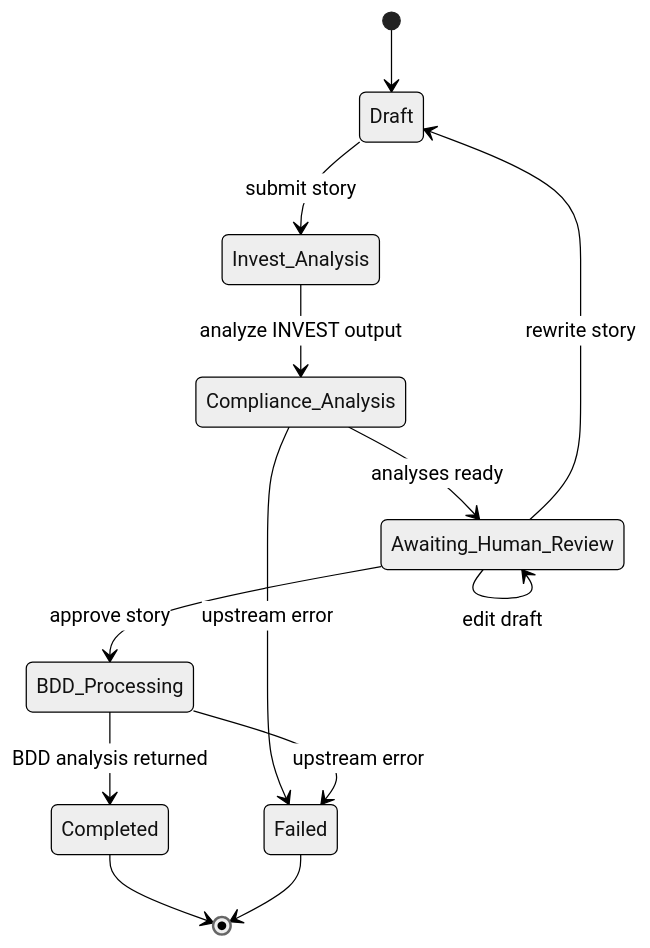
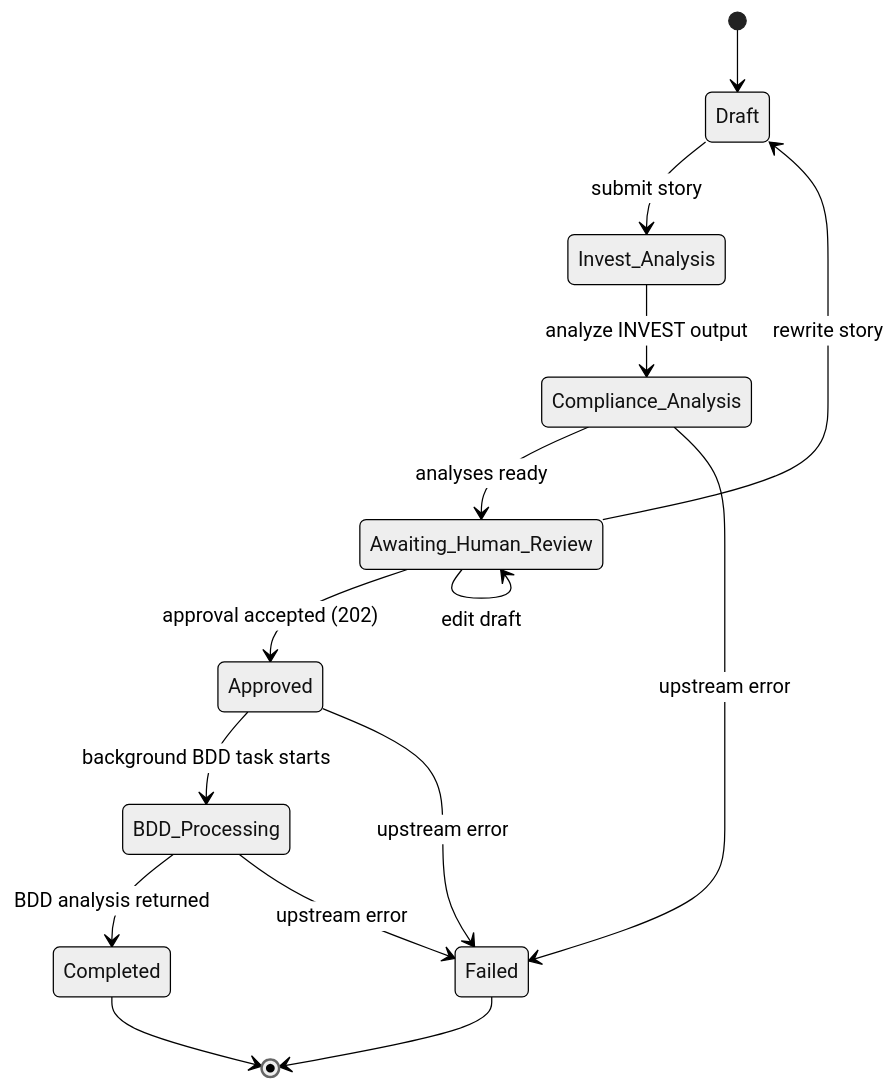
Before and after one commit to igusouz/talp-agents-mvp: the first of 4 diagrams in docs/workflow.md, drawn with Mermaid (neutral theme). The commit also changed other lines of this file and 3 other files, not shown here.

````diff
--- a/docs/workflow.md
+++ b/docs/workflow.md
@@ -37,15 +38,17 @@
 ```mermaid
 stateDiagram-v2
   [*] --> Draft
   Draft --> Invest_Analysis: submit story
   Invest_Analysis --> Compliance_Analysis: analyze INVEST output
   Compliance_Analysis --> Awaiting_Human_Review: analyses ready
-  Awaiting_Human_Review --> BDD_Processing: approve story
+  Awaiting_Human_Review --> Approved: approval accepted (202)
+  Approved --> BDD_Processing: background BDD task starts
   BDD_Processing --> Completed: BDD analysis returned
   Awaiting_Human_Review --> Draft: rewrite story
   Awaiting_Human_Review --> Awaiting_Human_Review: edit draft
   Compliance_Analysis --> Failed: upstream error
+  Approved --> Failed: upstream error
   BDD_Processing --> Failed: upstream error
   Completed --> [*]
   Failed --> [*]
 ```
````
